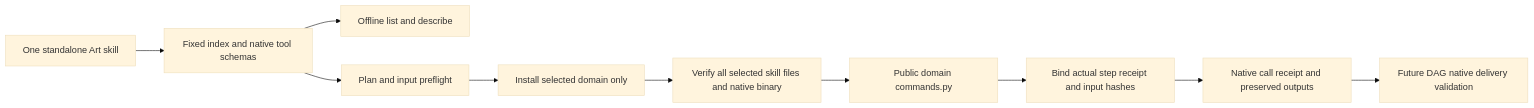
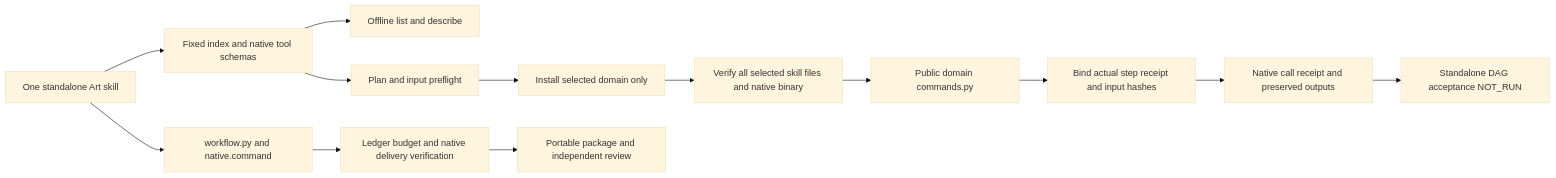
The first of 2 diagrams in docs/ArtCraft-Complete-Domain-Commands-Architecture.md (full-aigc-plugins/artcraft-plugin), drawn with Mermaid (base theme) before and after one commit. The commit also changed other lines of this file and 5 other files, not shown here.

````diff
--- a/docs/ArtCraft-Complete-Domain-Commands-Architecture.md
+++ b/docs/ArtCraft-Complete-Domain-Commands-Architecture.md
@@ -5,12 +5,15 @@
 ```mermaid
 flowchart LR
     A[One standalone Art skill] --> B[Fixed index and native tool schemas]
     B --> C[Offline list and describe]
     B --> D[Plan and input preflight]
     D --> E[Install selected domain only]
     E --> F[Verify all selected skill files and native binary]
     F --> G[Public domain commands.py]
     G --> H[Bind actual step receipt and input hashes]
     H --> I[Native call receipt and preserved outputs]
-    I --> J[Future DAG native delivery validation]
+    I --> J[Standalone DAG acceptance NOT_RUN]
+    A --> W[workflow.py and native.command]
+    W --> X[Ledger budget and native delivery verification]
+    X --> Y[Portable package and independent review]
 ```
````
